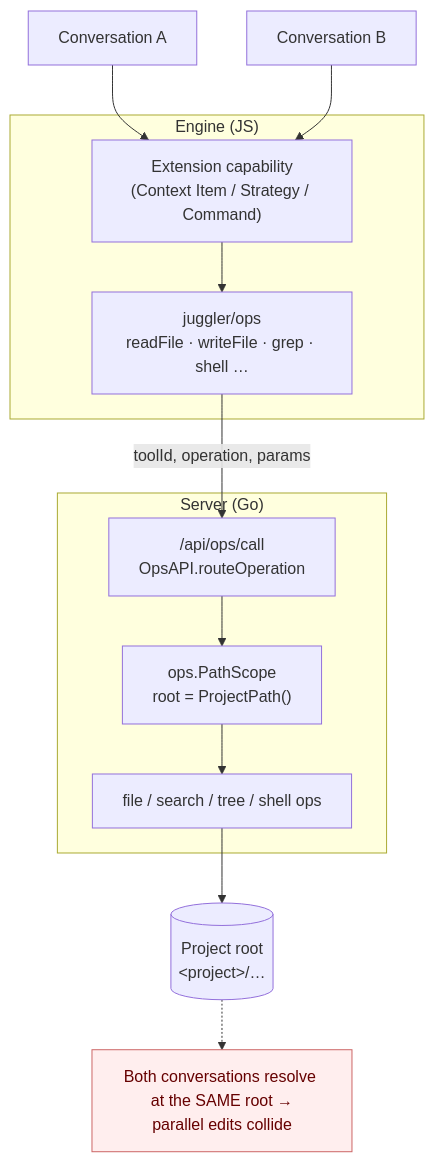
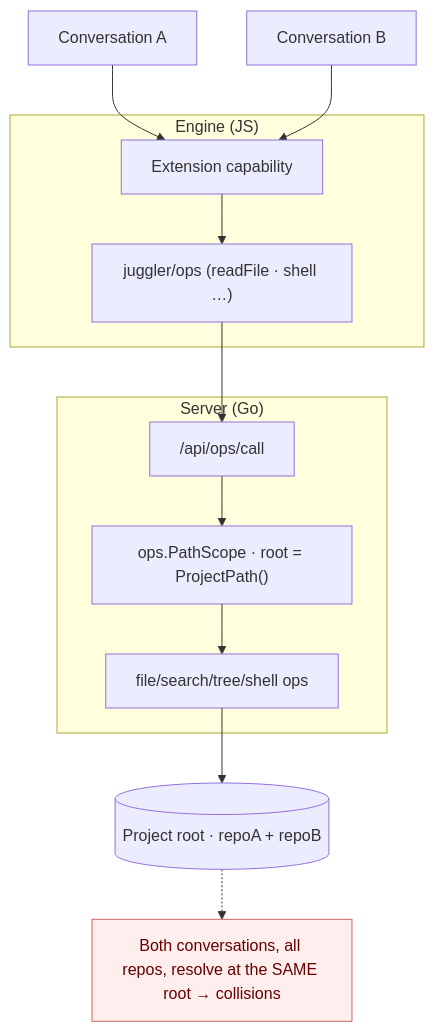
One commit to juggler-ai/juggler changed the first of 3 diagrams in docs/design/worktrees-as-extension.md. Above: the diagram before and after it, drawn with Mermaid. The commit also changed other lines of this file and 10 other files, not shown here.

````diff
--- a/docs/design/worktrees-as-extension.md
+++ b/docs/design/worktrees-as-extension.md
@@ -66,22 +94,19 @@
 ```mermaid
 flowchart TD
   subgraph engine["Engine (JS)"]
-    ext["Extension capability<br/>(Context Item / Strategy / Command)"]
-    ops["juggler/ops<br/>readFile · writeFile · grep · shell …"]
+    ext["Extension capability"]
+    ops["juggler/ops (readFile · shell …)"]
     ext --> ops
   end
   subgraph server["Server (Go)"]
-    opsapi["/api/ops/call<br/>OpsAPI.routeOperation"]
-    scope["ops.PathScope<br/>root = ProjectPath()"]
-    fsops["file / search / tree / shell ops"]
-    opsapi --> scope --> fsops
+    opsapi["/api/ops/call"]
+    scope["ops.PathScope · root = ProjectPath()"]
+    opsapi --> scope --> fsops["file/search/tree/shell ops"]
   end
-  ops -->|"toolId, operation, params"| opsapi
-  fsops --> root[("Project root<br/>&lt;project&gt;/…")]
-
+  ops --> opsapi
+  fsops --> root[("Project root · repoA + repoB")]
   convA["Conversation A"] --> ext
   convB["Conversation B"] --> ext
-  note["Both conversations resolve at the SAME root →<br/>parallel edits collide"]:::n
-  root -.-> note
+  root -.-> note["Both conversations, all repos, resolve at the SAME root → collisions"]:::n
   classDef n fill:#fee,stroke:#c66,color:#600;
 ```
````
